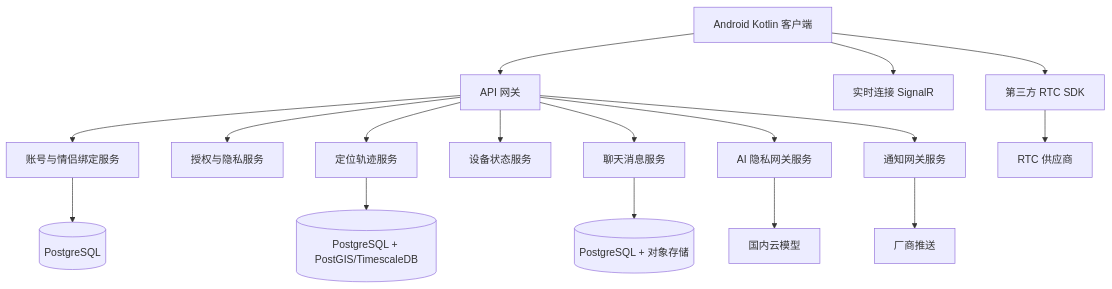
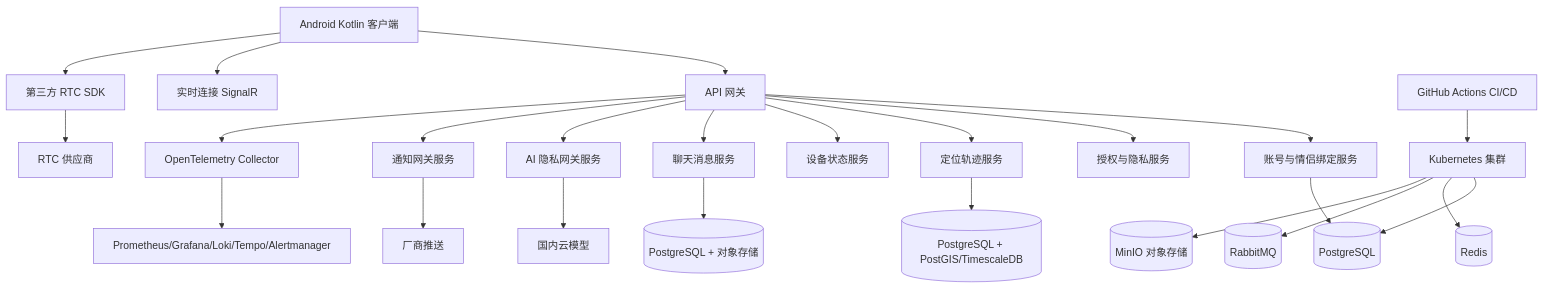
The diagram in docs/02-Architecture.md (Glnyg/Long-distance-relationship), drawn with Mermaid before and after one commit. The commit also changed other lines of this file and 66 other files, not shown here.

````diff
--- a/docs/02-Architecture.md
+++ b/docs/02-Architecture.md
@@ -25,19 +26,26 @@
 ```mermaid
 flowchart TD
     A[Android Kotlin 客户端] --> B[API 网关]
     A --> C[实时连接 SignalR]
     A --> D[第三方 RTC SDK]
     B --> E[账号与情侣绑定服务]
     B --> F[授权与隐私服务]
     B --> G[定位轨迹服务]
     B --> H[设备状态服务]
     B --> I[聊天消息服务]
     B --> J[AI 隐私网关服务]
     B --> K[通知网关服务]
     D --> L[RTC 供应商]
     J --> M[国内云模型]
     E --> N[(PostgreSQL)]
     G --> O[(PostgreSQL + PostGIS/TimescaleDB)]
     I --> P[(PostgreSQL + 对象存储)]
     K --> Q[厂商推送]
+    B --> R[OpenTelemetry Collector]
+    R --> S[Prometheus/Grafana/Loki/Tempo/Alertmanager]
+    T[GitHub Actions CI/CD] --> U[Kubernetes 集群]
+    U --> N
+    U --> V[(Redis)]
+    U --> W[(RabbitMQ)]
+    U --> X[(MinIO 对象存储)]
 ```
````
